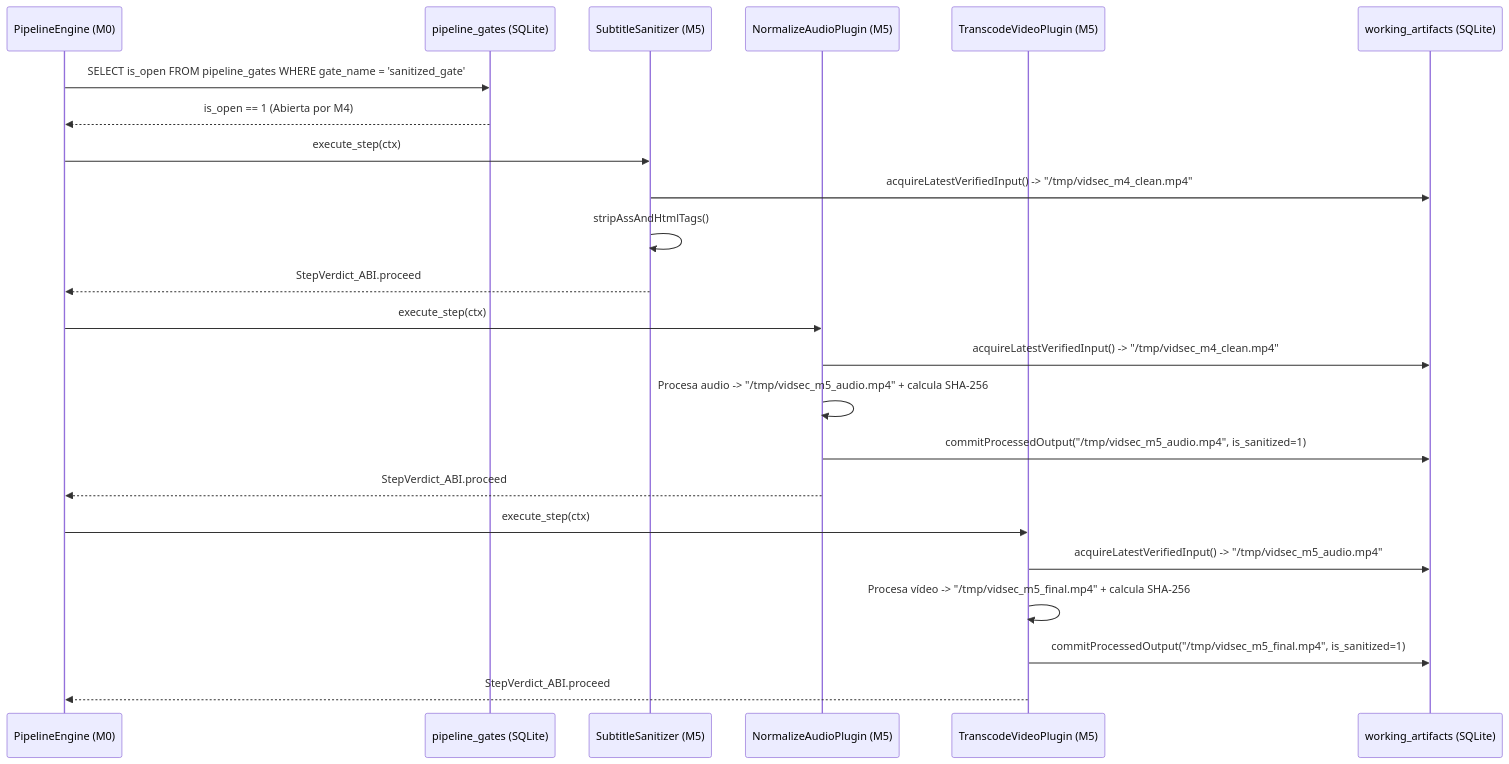
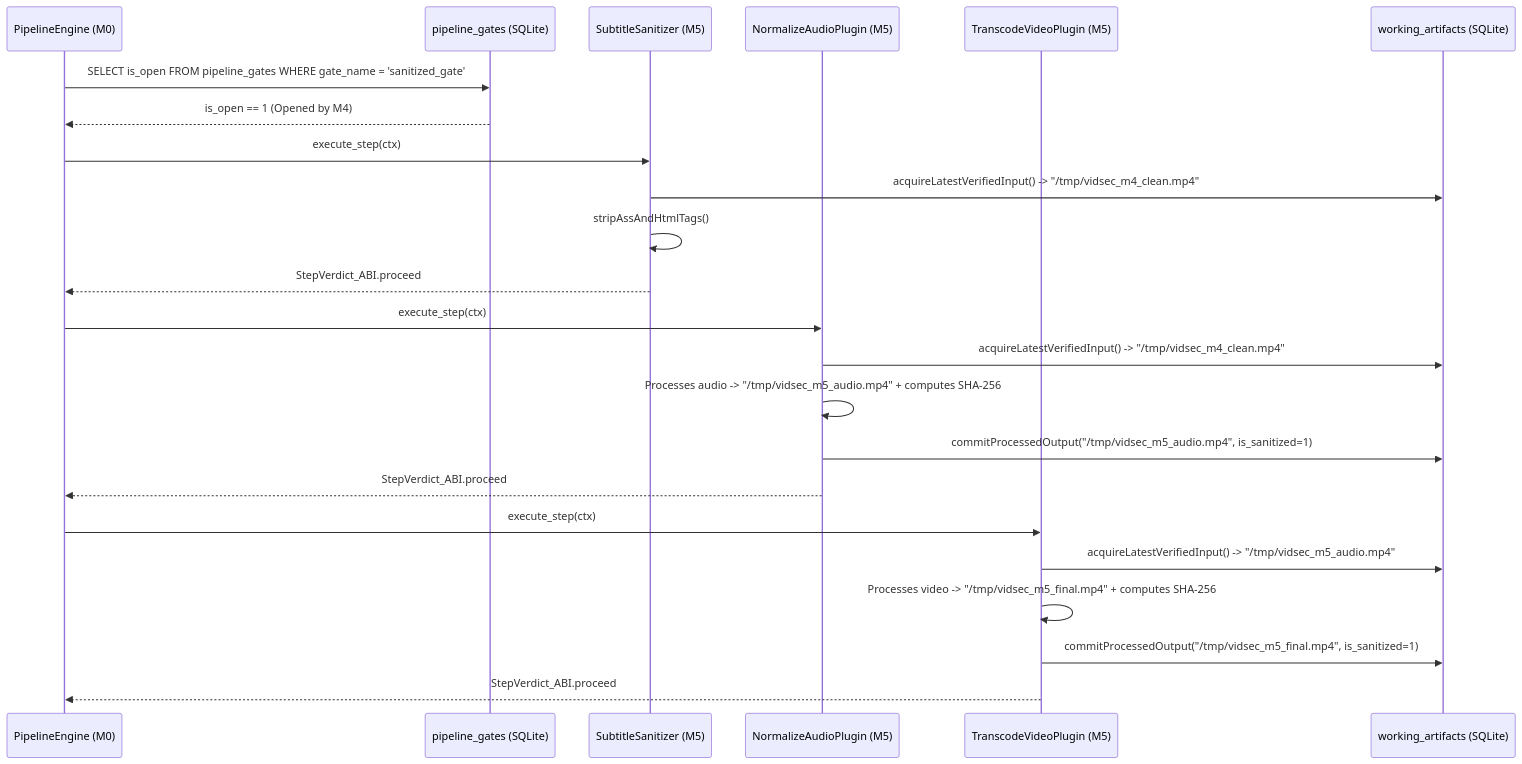
One commit to g-gar/vidsec changed the second of 2 diagrams in docs/v1/specs/M5_post_sanitization_processing.md. Above: the diagram before and after it, drawn with Mermaid. The commit also changed other lines of this file and 8 other files, not shown here.

Commit message:
docs(v1): translate v1 architecture and milestone specs to English and remove local paths

````diff
--- a/docs/v1/specs/M5_post_sanitization_processing.md
+++ b/docs/v1/specs/M5_post_sanitization_processing.md
@@ -144,29 +144,29 @@
 ```mermaid
 sequenceDiagram
     participant Engine as PipelineEngine (M0)
     participant Gate as pipeline_gates (SQLite)
     participant Sub as SubtitleSanitizer (M5)
     participant Audio as NormalizeAudioPlugin (M5)
     participant Video as TranscodeVideoPlugin (M5)
     participant DB as working_artifacts (SQLite)
 
     Engine->>Gate: SELECT is_open FROM pipeline_gates WHERE gate_name = 'sanitized_gate'
-    Gate-->>Engine: is_open == 1 (Abierta por M4)
+    Gate-->>Engine: is_open == 1 (Opened by M4)
 
     Engine->>Sub: execute_step(ctx)
     Sub->>DB: acquireLatestVerifiedInput() -> "/tmp/vidsec_m4_clean.mp4"
     Sub->>Sub: stripAssAndHtmlTags()
     Sub-->>Engine: StepVerdict_ABI.proceed
 
     Engine->>Audio: execute_step(ctx)
     Audio->>DB: acquireLatestVerifiedInput() -> "/tmp/vidsec_m4_clean.mp4"
-    Audio->>Audio: Procesa audio -> "/tmp/vidsec_m5_audio.mp4" + calcula SHA-256
+    Audio->>Audio: Processes audio -> "/tmp/vidsec_m5_audio.mp4" + computes SHA-256
     Audio->>DB: commitProcessedOutput("/tmp/vidsec_m5_audio.mp4", is_sanitized=1)
     Audio-->>Engine: StepVerdict_ABI.proceed
 
     Engine->>Video: execute_step(ctx)
     Video->>DB: acquireLatestVerifiedInput() -> "/tmp/vidsec_m5_audio.mp4"
-    Video->>Video: Procesa vídeo -> "/tmp/vidsec_m5_final.mp4" + calcula SHA-256
+    Video->>Video: Processes video -> "/tmp/vidsec_m5_final.mp4" + computes SHA-256
     Video->>DB: commitProcessedOutput("/tmp/vidsec_m5_final.mp4", is_sanitized=1)
     Video-->>Engine: StepVerdict_ABI.proceed
 ```
````
